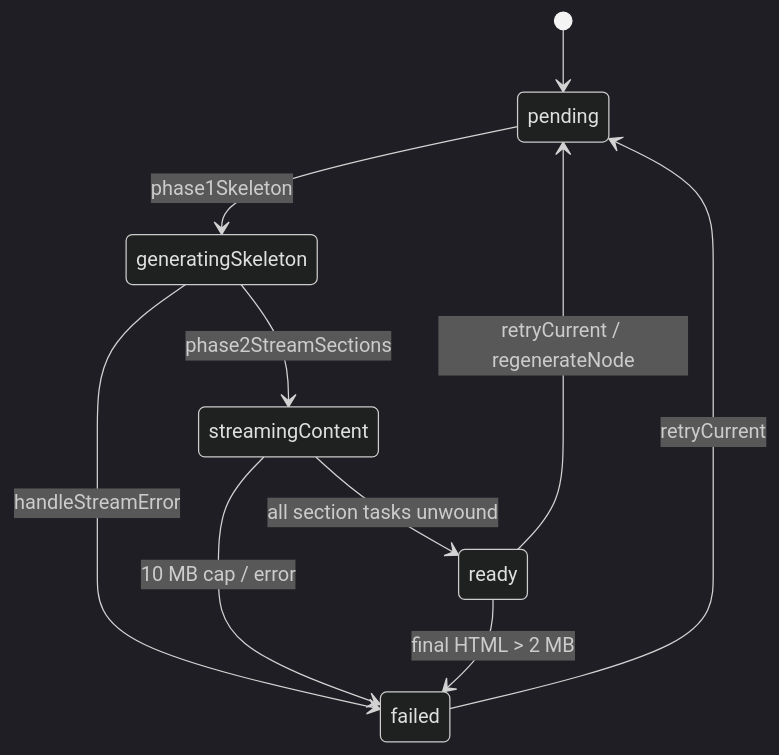
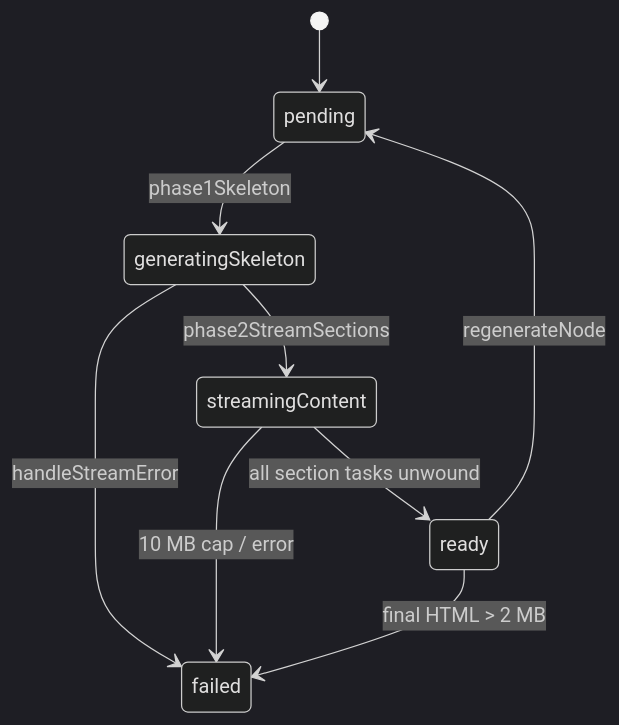
Before and after one commit to t-boris/MarkView: the third of 3 diagrams in docs/architecture/modules/semantic-index-and-insight.md, drawn with Mermaid (dark theme). The commit also changed other lines of this file and 2 other files, not shown here.

````diff
--- a/docs/architecture/modules/semantic-index-and-insight.md
+++ b/docs/architecture/modules/semantic-index-and-insight.md
@@ -342,12 +342,11 @@
 ```mermaid
 stateDiagram-v2
     [*] --> pending
     pending --> generatingSkeleton: phase1Skeleton
     generatingSkeleton --> streamingContent: phase2StreamSections
     streamingContent --> ready: all section tasks unwound
     generatingSkeleton --> failed: handleStreamError
     streamingContent --> failed: 10 MB cap / error
     ready --> failed: final HTML > 2 MB
-    ready --> pending: retryCurrent / regenerateNode
-    failed --> pending: retryCurrent
+    ready --> pending: regenerateNode
 ```
````
